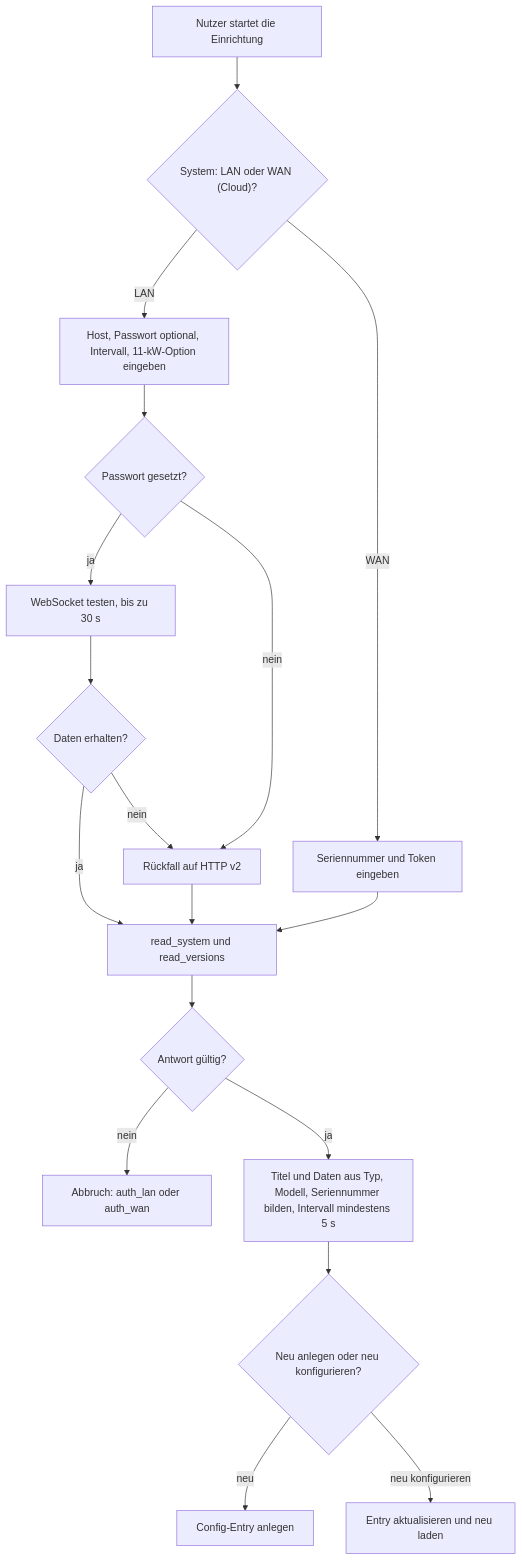
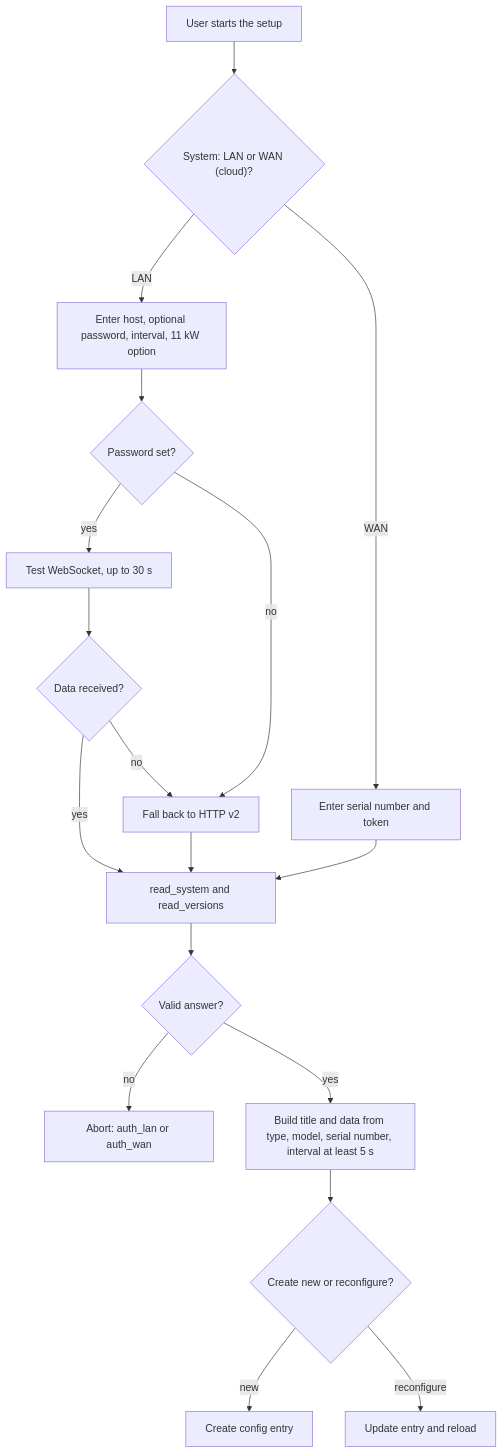
Before and after one commit to OliEder/ha-goecharger-api2: diagram 11 of 12 in docs/architecture/arc42-ha-goecharger-api2.md, drawn with Mermaid. The commit also changed other lines of this file and 89 other files, not shown here.

````diff
--- a/docs/architecture/arc42-ha-goecharger-api2.md
+++ b/docs/architecture/arc42-ha-goecharger-api2.md
@@ -473,20 +473,20 @@
 ```mermaid
 flowchart TD
-    A["Nutzer startet die Einrichtung"] --> B{"System: LAN oder WAN (Cloud)?"}
-    B -- LAN --> C["Host, Passwort optional, Intervall, 11-kW-Option eingeben"]
-    B -- WAN --> D["Seriennummer und Token eingeben"]
-    C --> E{"Passwort gesetzt?"}
-    E -- ja --> F["WebSocket testen, bis zu 30 s"]
-    F --> G{"Daten erhalten?"}
-    G -- nein --> H["Rückfall auf HTTP v2"]
-    E -- nein --> H
-    G -- ja --> I["read_system und read_versions"]
+    A["User starts the setup"] --> B{"System: LAN or WAN (cloud)?"}
+    B -- LAN --> C["Enter host, optional password, interval, 11 kW option"]
+    B -- WAN --> D["Enter serial number and token"]
+    C --> E{"Password set?"}
+    E -- yes --> F["Test WebSocket, up to 30 s"]
+    F --> G{"Data received?"}
+    G -- no --> H["Fall back to HTTP v2"]
+    E -- no --> H
+    G -- yes --> I["read_system and read_versions"]
     H --> I
     D --> I
-    I --> J{"Antwort gültig?"}
-    J -- nein --> K["Abbruch: auth_lan oder auth_wan"]
-    J -- ja --> L["Titel und Daten aus Typ, Modell, Seriennummer bilden, Intervall mindestens 5 s"]
-    L --> M{"Neu anlegen oder neu konfigurieren?"}
-    M -- neu --> N["Config-Entry anlegen"]
-    M -- neu konfigurieren --> O["Entry aktualisieren und neu laden"]
+    I --> J{"Valid answer?"}
+    J -- no --> K["Abort: auth_lan or auth_wan"]
+    J -- yes --> L["Build title and data from type, model, serial number, interval at least 5 s"]
+    L --> M{"Create new or reconfigure?"}
+    M -- new --> N["Create config entry"]
+    M -- reconfigure --> O["Update entry and reload"]
 ```
````
